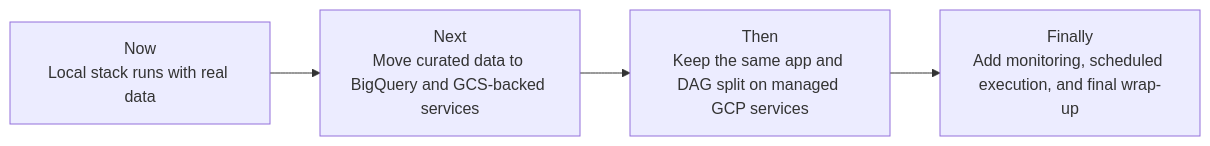
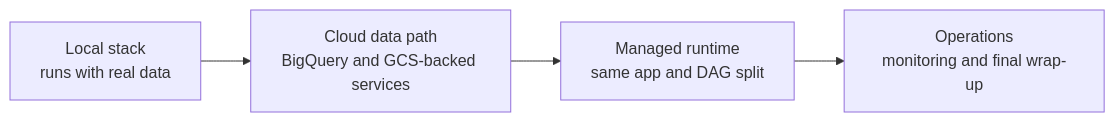
One commit to javihslu/foehncast changed the second of 2 diagrams in docs/site/index.md. Above: the diagram before and after it, drawn with Mermaid. The commit also changed other lines of this file and 18 other files, not shown here.

````diff
--- a/docs/site/index.md
+++ b/docs/site/index.md
@@ -39,6 +61,6 @@
-```mermaid
+<div class="mermaid">
 flowchart LR
-    NOW[Now<br/>Local stack runs with real data] --> NEXT[Next<br/>Move curated data to BigQuery and GCS-backed services]
-    NEXT --> DEPLOY[Then<br/>Keep the same app and DAG split on managed GCP services]
-    DEPLOY --> FINAL[Finally<br/>Add monitoring, scheduled execution, and final wrap-up]
-```
+    LOCAL[Local stack<br/>runs with real data] --> DATA[Cloud data path<br/>BigQuery and GCS-backed services]
+    DATA --> DEPLOY[Managed runtime<br/>same app and DAG split]
+    DEPLOY --> FINAL[Operations<br/>monitoring and final wrap-up]
+</div>
````
